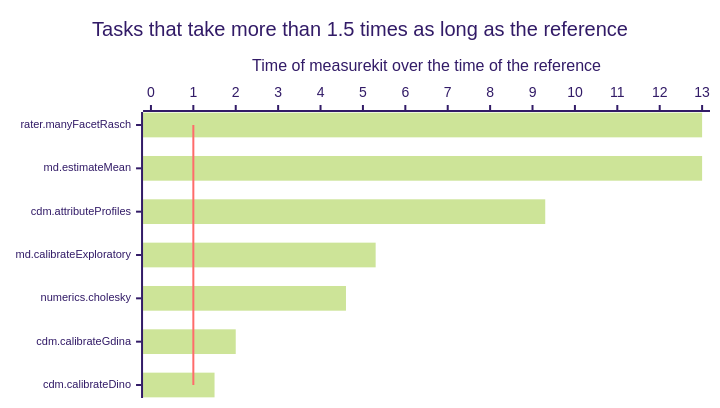
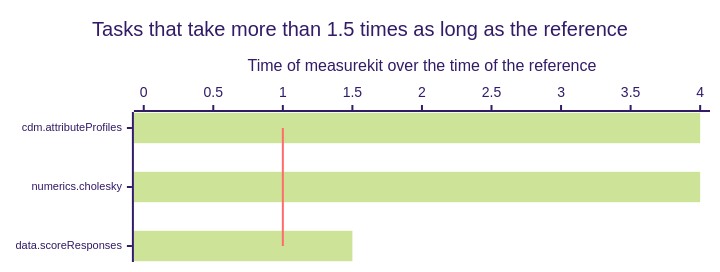
The first of 11 diagrams in docs/performance.md (measurekit/measurekit), drawn with Mermaid (forest theme) before and after one commit. The commit also changed other lines of this file and 1 other file, not shown here.

First line of the commit message:
Refresh the benchmark tables and charts, and tighten the budgets of the rows that the EM changes sped up

````diff
--- a/docs/performance.md
+++ b/docs/performance.md
@@ -9,9 +9,9 @@
 ```mermaid
-%%{init: {"xyChart": {"height": 388, "xAxis": {"labelFontSize": 11}}}}%%
+%%{init: {"xyChart": {"height": 252, "xAxis": {"labelFontSize": 11}}}}%%
 xychart-beta horizontal
   title "Tasks that take more than 1.5 times as long as the reference"
-  x-axis ["rater.manyFacetRasch", "md.estimateMean", "cdm.attributeProfiles", "md.calibrateExploratory", "numerics.cholesky", "cdm.calibrateGdina", "cdm.calibrateDino"]
-  y-axis "Time of measurekit over the time of the reference" 0 --> 13
-  bar [13, 13, 9.3, 5.3, 4.6, 2, 1.5]
-  line [1, 1, 1, 1, 1, 1, 1]
+  x-axis ["cdm.attributeProfiles", "numerics.cholesky", "data.scoreResponses"]
+  y-axis "Time of measurekit over the time of the reference" 0 --> 4
+  bar [4, 4, 1.5]
+  line [1, 1, 1]
 ```
````
